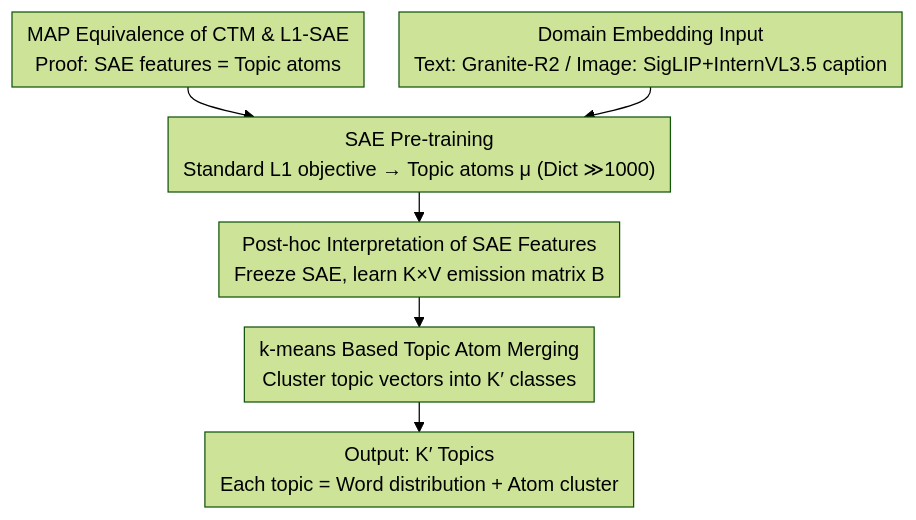
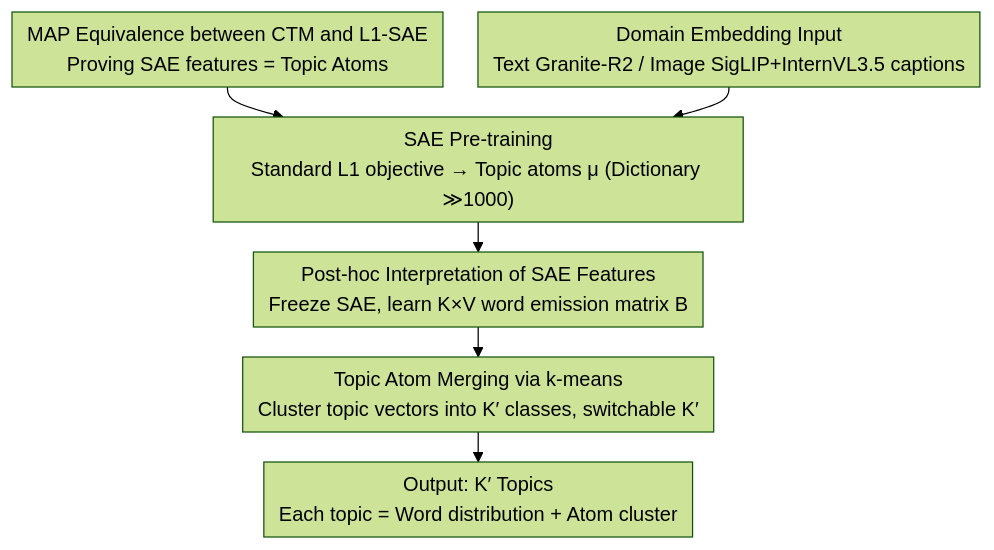
Before and after one commit to zhaoyang97/Paper-Notes-en: the diagram in docs/ICML2026/interpretability/sparse_autoencoders_are_topic_models.md, drawn with Mermaid (forest theme). The commit also changed other lines of this file and 5084 other files, not shown here.

````diff
--- a/docs/ICML2026/interpretability/sparse_autoencoders_are_topic_models.md
+++ b/docs/ICML2026/interpretability/sparse_autoencoders_are_topic_models.md
@@ -44,15 +44,15 @@
 ```mermaid
 %%{init: {'flowchart': {'rankSpacing': 24, 'nodeSpacing': 28, 'padding': 6, 'wrappingWidth': 400}}}%%
 flowchart TD
-    T["MAP Equivalence of CTM & L1-SAE<br/>Proof: SAE features = Topic atoms"]
-    A["Domain Embedding Input<br/>Text: Granite-R2 / Image: SigLIP+InternVL3.5 caption"]
-    B["SAE Pre-training<br/>Standard L1 objective → Topic atoms μ (Dict ≫1000)"]
-    C["Post-hoc Interpretation of SAE Features<br/>Freeze SAE, learn K×V emission matrix B"]
-    D["k-means Based Topic Atom Merging<br/>Cluster topic vectors into K′ classes"]
+    T["MAP Equivalence between CTM and L1-SAE<br/>Proving SAE features = Topic Atoms"]
+    A["Domain Embedding Input<br/>Text Granite-R2 / Image SigLIP+InternVL3.5 captions"]
+    B["SAE Pre-training<br/>Standard L1 objective → Topic atoms μ (Dictionary ≫1000)"]
+    C["Post-hoc Interpretation of SAE Features<br/>Freeze SAE, learn K×V word emission matrix B"]
+    D["Topic Atom Merging via k-means<br/>Cluster topic vectors into K′ classes, switchable K′"]
     E["Output: K′ Topics<br/>Each topic = Word distribution + Atom cluster"]
     T --> B
     A --> B
     B --> C
     C --> D
     D --> E
 ```
````
